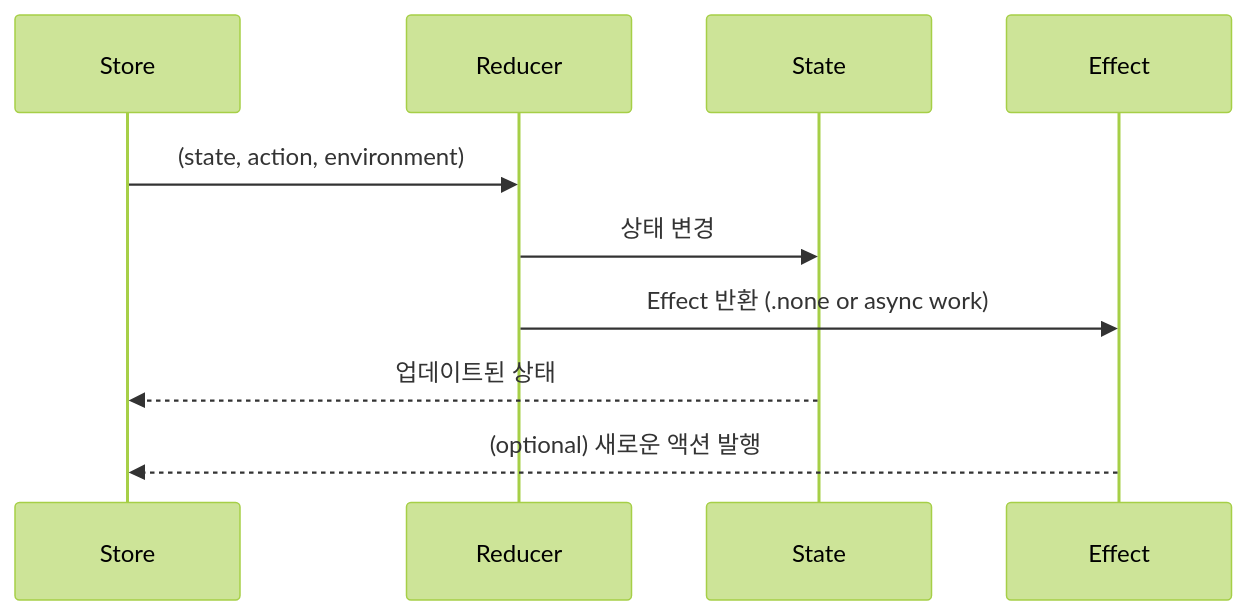
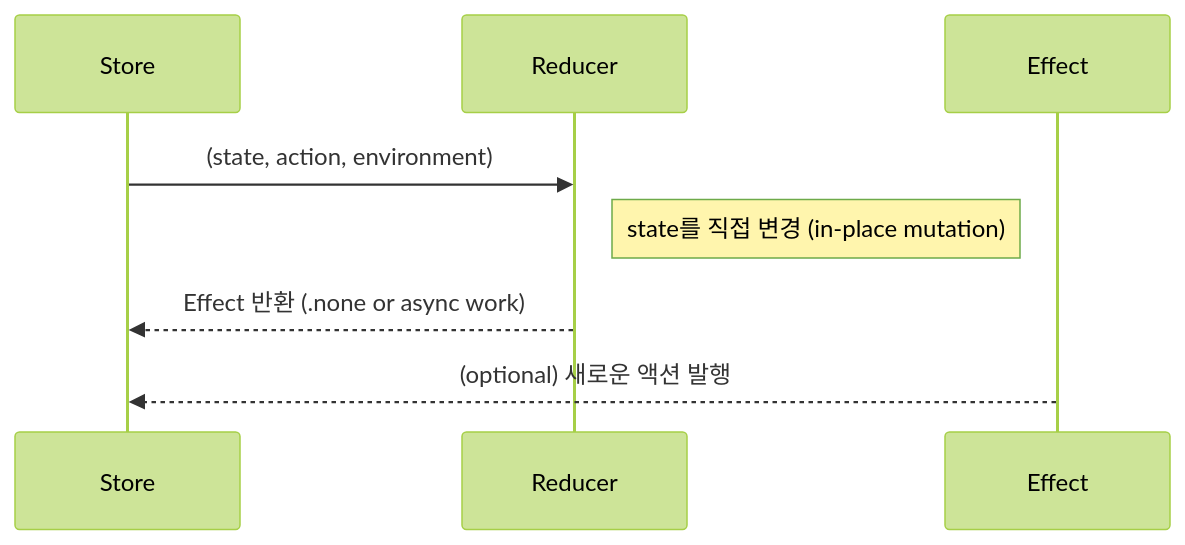
The diagram in TCA/Chapter3.md (talq44/study), drawn with Mermaid (forest theme) before and after one commit. The commit also changed other lines of this file, not shown here.

Commit message:
제미나이 의견 반영

````diff
--- a/TCA/Chapter3.md
+++ b/TCA/Chapter3.md
@@ -69,13 +69,10 @@
 ```mermaid
 sequenceDiagram
     participant Store
     participant Reducer
-    participant State
     participant Effect
-
     Store->>Reducer: (state, action, environment)
-    Reducer->>State: 상태 변경
-    Reducer->>Effect: Effect 반환 (.none or async work)
-    State-->>Store: 업데이트된 상태
+    note right of Reducer: state를 직접 변경 (in-place mutation)
+    Reducer-->>Store: Effect 반환 (.none or async work)
     Effect-->>Store: (optional) 새로운 액션 발행
 ```
````
